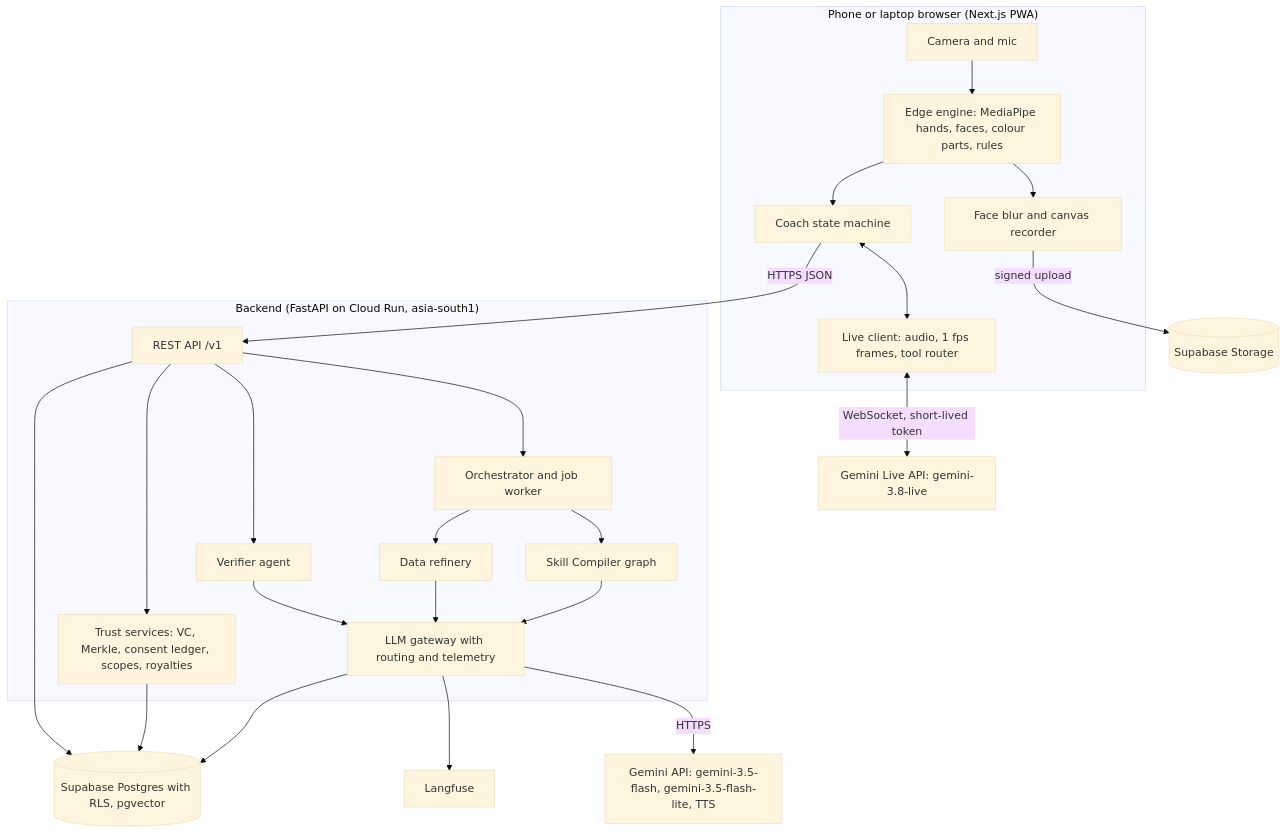
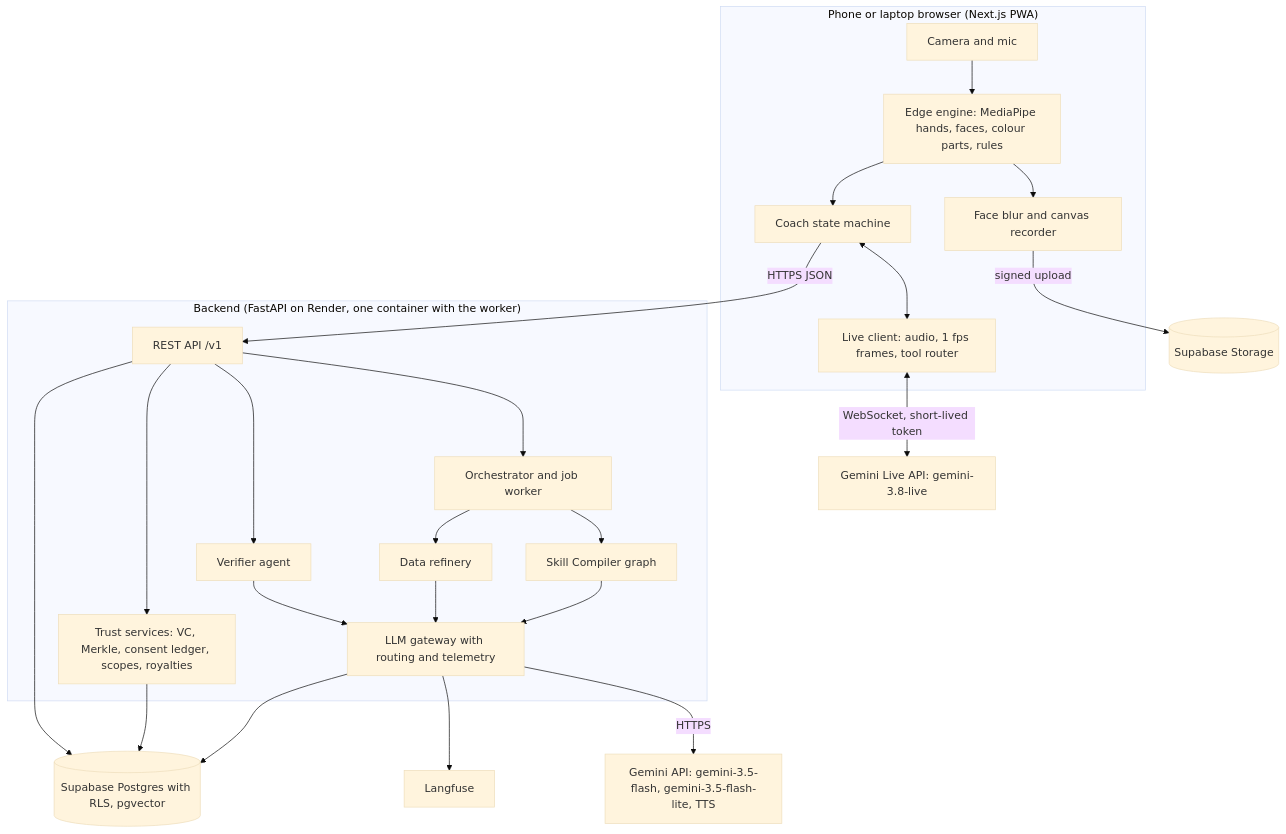
Before and after one commit to dhaanish597/parampara: the first of 5 diagrams in docs/BUILD_PLAN.md, drawn with Mermaid (base theme). The commit also changed other lines of this file and 5 other files, not shown here.

````diff
--- a/docs/BUILD_PLAN.md
+++ b/docs/BUILD_PLAN.md
@@ -230,27 +230,27 @@
 ```mermaid
 flowchart TB
   subgraph Phone["Phone or laptop browser (Next.js PWA)"]
     CAM[Camera and mic] --> EDGE[Edge engine: MediaPipe hands, faces, colour parts, rules]
     EDGE --> BLUR[Face blur and canvas recorder]
     EDGE --> FSM[Coach state machine]
     FSM <--> LIVECLIENT[Live client: audio, 1 fps frames, tool router]
   end
   LIVECLIENT <-->|WebSocket, short-lived token| LIVE[Gemini Live API: gemini-3.8-live]
   FSM -->|HTTPS JSON| API
   BLUR -->|signed upload| STORE[(Supabase Storage)]
-  subgraph Backend["Backend (FastAPI on Cloud Run, asia-south1)"]
+  subgraph Backend["Backend (FastAPI on Render, one container with the worker)"]
     API[REST API /v1] --> ORCH[Orchestrator and job worker]
     ORCH --> COMPILER[Skill Compiler graph]
     ORCH --> REFINERY[Data refinery]
     API --> VERIFIER[Verifier agent]
     API --> TRUST[Trust services: VC, Merkle, consent ledger, scopes, royalties]
     COMPILER --> LLM[LLM gateway with routing and telemetry]
     VERIFIER --> LLM
     REFINERY --> LLM
   end
   LLM -->|HTTPS| GEMINI[Gemini API: gemini-3.5-flash, gemini-3.5-flash-lite, TTS]
   API --> DB[(Supabase Postgres with RLS, pgvector)]
   TRUST --> DB
   LLM --> LANGFUSE[Langfuse]
   LLM --> DB
 ```
````
